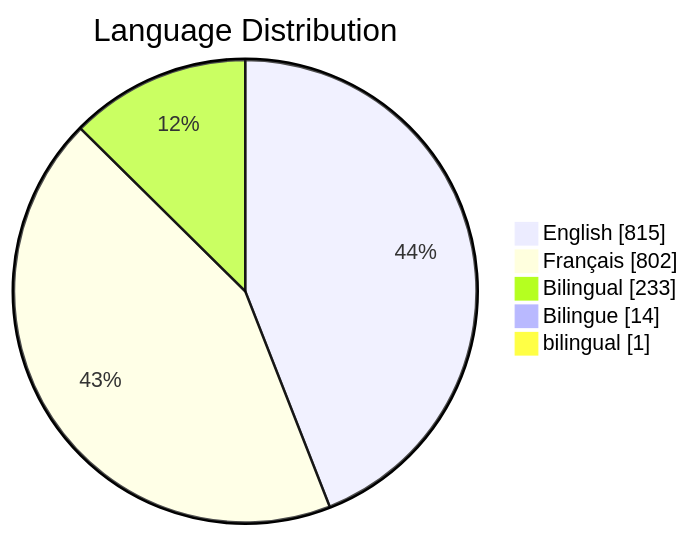
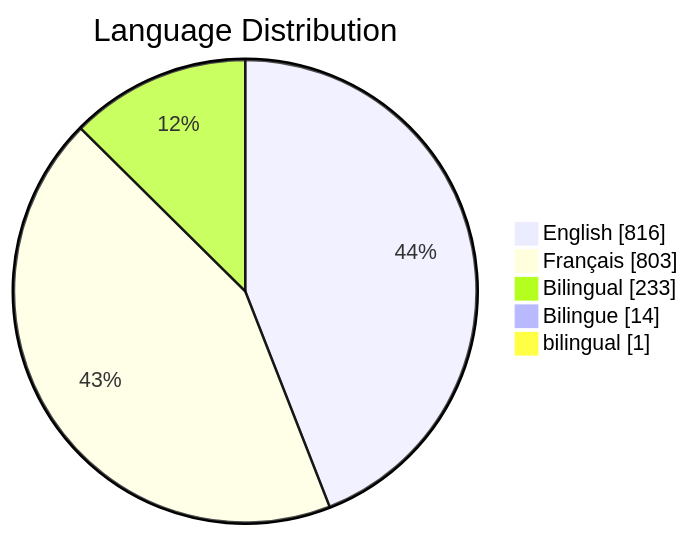
Before and after one commit to PatLittle/GC-Socials: the fifth of 8 diagrams in README.md, drawn with Mermaid. The commit also changed other lines of this file, not shown here.

Commit message:
Update README with Platform Distribution pie chart

````diff
--- a/README.md
+++ b/README.md
@@ -160,8 +163,8 @@
 ```mermaid
 pie showData title Language Distribution
-    "English": 815
-    "Français": 802
+    "English": 816
+    "Français": 803
     "Bilingual": 233
     "Bilingue": 14
     "bilingual": 1
 ```
````
